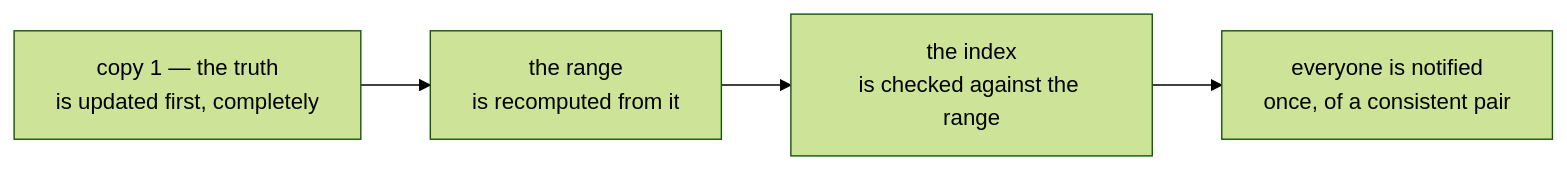
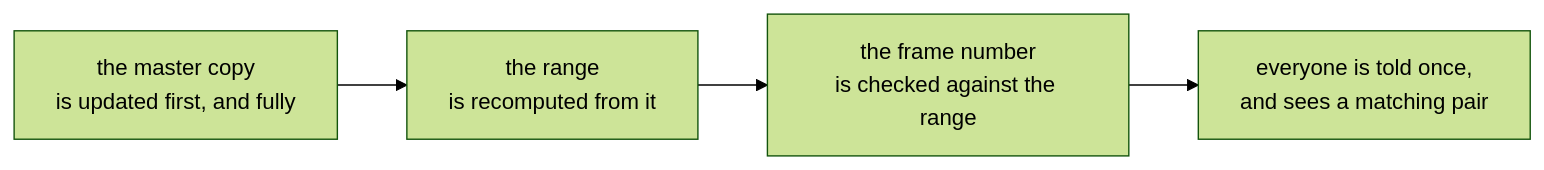
The third of 5 diagrams in docs/web/molview.md (Qing-LAB/molbuilder), drawn with Mermaid (forest theme) before and after one commit. The commit also changed other lines of this file, not shown here.

````diff
--- a/docs/web/molview.md
+++ b/docs/web/molview.md
@@ -601,6 +462,6 @@
 ```mermaid
 flowchart LR
-    T["copy 1 — the truth<br/>is updated first, completely"] --> R["the range<br/>is recomputed from it"]
-    R --> I["the index<br/>is checked against the range"]
-    I --> N["everyone is notified<br/>once, of a consistent pair"]
+    T["the master copy<br/>is updated first, and fully"] --> R["the range<br/>is recomputed from it"]
+    R --> I["the frame number<br/>is checked against the range"]
+    I --> N["everyone is told once,<br/>and sees a matching pair"]
 ```
````
